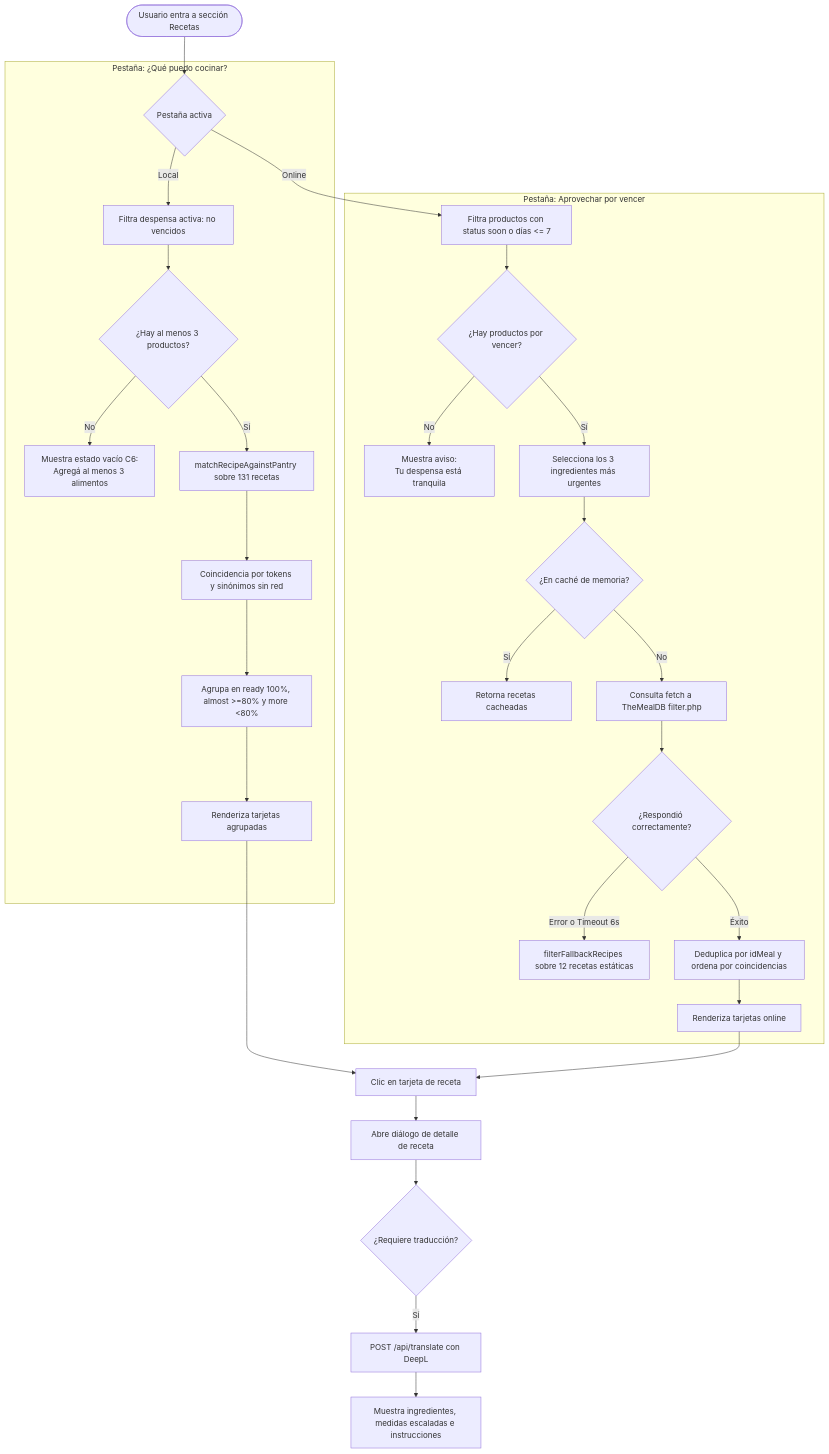
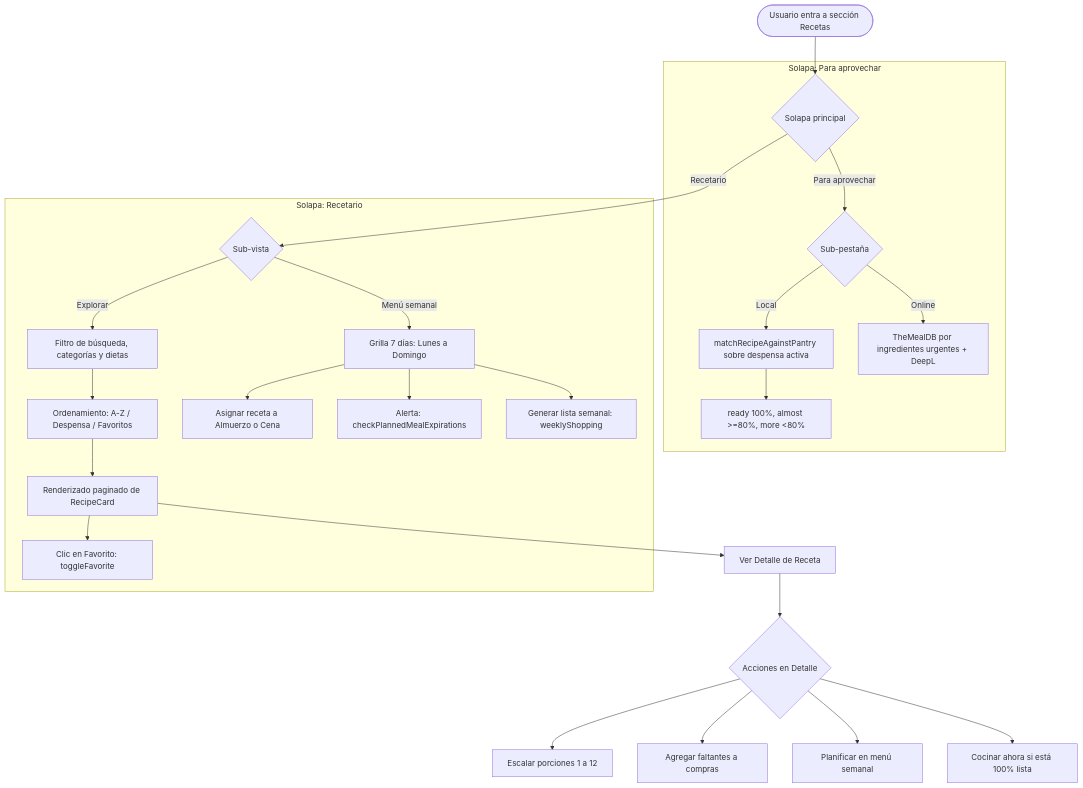
The diagram in docs/05-funcionalidades/recetas.md (Facusere/FreshTrack), drawn with Mermaid before and after one commit. The commit also changed other lines of this file and 28 other files, not shown here.

Commit message:
docs: add comprehensive system documentation and core client-side modules for inventory, recipes, and shopping lists

````diff
--- a/docs/05-funcionalidades/recetas.md
+++ b/docs/05-funcionalidades/recetas.md
@@ -26,35 +40,31 @@
 ```mermaid
 flowchart TD
-    Start([Usuario entra a sección Recetas]) --> TabChoice{Pestaña activa}
+    Start([Usuario entra a sección Recetas]) --> MainTab{Solapa principal}
 
-    subgraph RecetarioLocal ["Pestaña: ¿Qué puedo cocinar?"]
-        TabChoice -->|Local| FilterPantryLocal[Filtra despensa activa: no vencidos]
-        FilterPantryLocal --> CheckCount{¿Hay al menos 3 productos?}
-        CheckCount -->|No| EmptyState[Muestra estado vacío C6:\nAgregá al menos 3 alimentos]
-        CheckCount -->|Sí| MatchAll[matchRecipeAgainstPantry sobre 131 recetas]
-        MatchAll --> TokenMatch[Coincidencia por tokens y sinónimos sin red]
-        TokenMatch --> GroupTiers[Agrupa en ready 100%, almost >=80% y more <80%]
-        GroupTiers --> RenderLocal[Renderiza tarjetas agrupadas]
+    subgraph Aprovechamiento ["Solapa: Para aprovechar"]
+        MainTab -->|Para aprovechar| RescueSubTab{Sub-pestaña}
+        RescueSubTab -->|Local| MatchPantry[matchRecipeAgainstPantry sobre despensa activa]
+        MatchPantry --> Tiers[ready 100%, almost >=80%, more <80%]
+        RescueSubTab -->|Online| FetchMealDB[TheMealDB por ingredientes urgentes + DeepL]
     end
 
-    subgraph RecetarioOnline ["Pestaña: Aprovechar por vencer"]
-        TabChoice -->|Online| FilterPantryOnline[Filtra productos con status soon o días <= 7]
-        FilterPantryOnline --> CheckUrgent{¿Hay productos por vencer?}
-        CheckUrgent -->|No| CalmPantry[Muestra aviso:\nTu despensa está tranquila]
-        CheckUrgent -->|Sí| Top3[Selecciona los 3 ingredientes más urgentes]
-        Top3 --> QueryCache{¿En caché de memoria?}
-        QueryCache -->|Sí| ShowCached[Retorna recetas cacheadas]
-        QueryCache -->|No| FetchTheMealDB[Consulta fetch a TheMealDB filter.php]
-        FetchTheMealDB --> SuccessFetch{¿Respondió correctamente?}
-        SuccessFetch -->|Error o Timeout 6s| LocalFallbacks[filterFallbackRecipes sobre 12 recetas estáticas]
-        SuccessFetch -->|Éxito| DedupeOnline[Deduplica por idMeal y ordena por coincidencias]
-        DedupeOnline --> RenderOnline[Renderiza tarjetas online]
+    subgraph RecetarioCompleto ["Solapa: Recetario"]
+        MainTab -->|Recetario| CookbookNav{Sub-vista}
+        CookbookNav -->|Explorar| FilterCatalog[Filtro de búsqueda, categorías y dietas]
+        FilterCatalog --> SortCatalog[Ordenamiento: A-Z / Despensa / Favoritos]
+        SortCatalog --> PaginateCards[Renderizado paginado de RecipeCard]
+        PaginateCards --> FavClick[Clic en Favorito: toggleFavorite]
+        
+        CookbookNav -->|Menú semanal| WeekGrid[Grilla 7 días: Lunes a Domingo]
+        WeekGrid --> AssignSlot[Asignar receta a Almuerzo o Cena]
+        WeekGrid --> WarnExpiry[Alerta: checkPlannedMealExpirations]
+        WeekGrid --> GenShop[Generar lista semanal: weeklyShopping]
     end
 
-    RenderLocal --> ClickRecipe[Clic en tarjeta de receta]
-    RenderOnline --> ClickRecipe
-    ClickRecipe --> DetailsModal[Abre diálogo de detalle de receta]
-    DetailsModal --> CheckI18n{¿Requiere traducción?}
-    CheckI18n -->|Sí| CallTranslate[POST /api/translate con DeepL]
-    CallTranslate --> ShowDetails[Muestra ingredientes, medidas escaladas e instrucciones]
+    PaginateCards --> ClickDetail[Ver Detalle de Receta]
+    ClickDetail --> DialogActions{Acciones en Detalle}
+    DialogActions --> Scale[Escalar porciones 1 a 12]
+    DialogActions --> QuickShop[Agregar faltantes a compras]
+    DialogActions --> PlanMeal[Planificar en menú semanal]
+    DialogActions --> CookNow[Cocinar ahora si está 100% lista]
 ```
````
